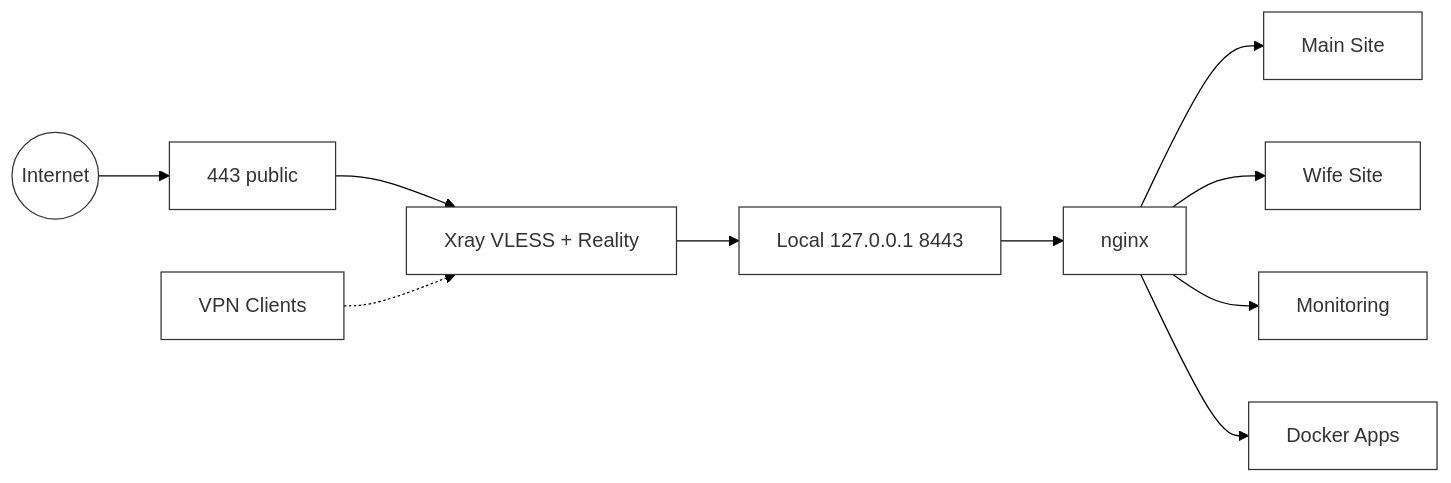
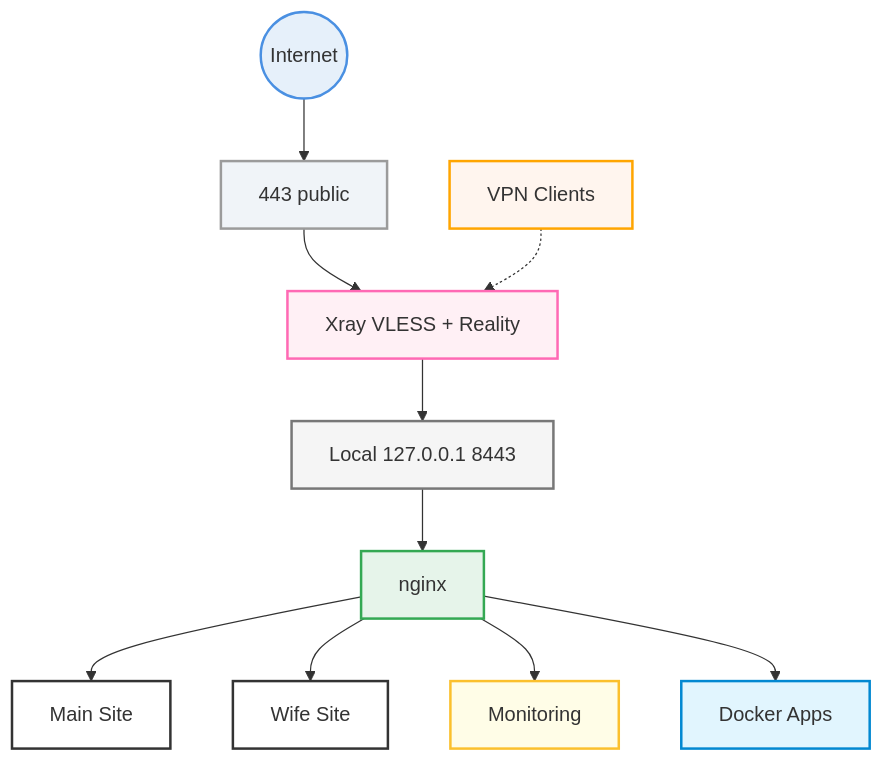
The diagram in README.md (dzamal-barambajev/infra-self-audit), drawn with Mermaid before and after one commit.

Commit message:
Optimize diagram flow to TD and add explicit fallback styling

````diff
--- a/README.md
+++ b/README.md
@@ -27,16 +27,28 @@
 ```mermaid
-%%{init: { 'theme': 'base', 'themeVariables': { 'lineColor': '#000000', 'primaryColor': '#ffffff', 'primaryBorderColor': '#333333'}}}%%
-graph LR
+graph TD
+    %% Base Layout Configuration
     Internet((Internet)) --> Ingress["443 public"]
     Ingress --> Xray["Xray VLESS + Reality"]
     
     VPN[VPN Clients] -.-> Xray
 
     Xray --> Fallback["Local 127.0.0.1 8443"]
     Fallback --> Nginx[nginx]
 
     Nginx --> Main[Main Site]
     Nginx --> Wife[Wife Site]
     Nginx --> Mon[Monitoring]
     Nginx --> Docker[Docker Apps]
+
+    %% Color definitions for elements (using safe hex codes)
+    style Internet fill:#E6F0FA,stroke:#4A90E2,stroke-width:2px;
+    style Ingress fill:#F0F4F8,stroke:#9B9B9B,stroke-width:2px;
+    style Xray fill:#FFF0F5,stroke:#FF69B4,stroke-width:2px;
+    style VPN fill:#FFF5EE,stroke:#FFA500,stroke-width:2px;
+    style Fallback fill:#F5F5F5,stroke:#777777,stroke-width:2px;
+    style Nginx fill:#E6F4EA,stroke:#34A853,stroke-width:2px;
+    style Main fill:#FFFFFF,stroke:#333333,stroke-width:2px;
+    style Wife fill:#FFFFFF,stroke:#333333,stroke-width:2px;
+    style Mon fill:#FFFDE7,stroke:#FBC02D,stroke-width:2px;
+    style Docker fill:#E1F5FE,stroke:#0288D1,stroke-width:2px;
 ```
````
